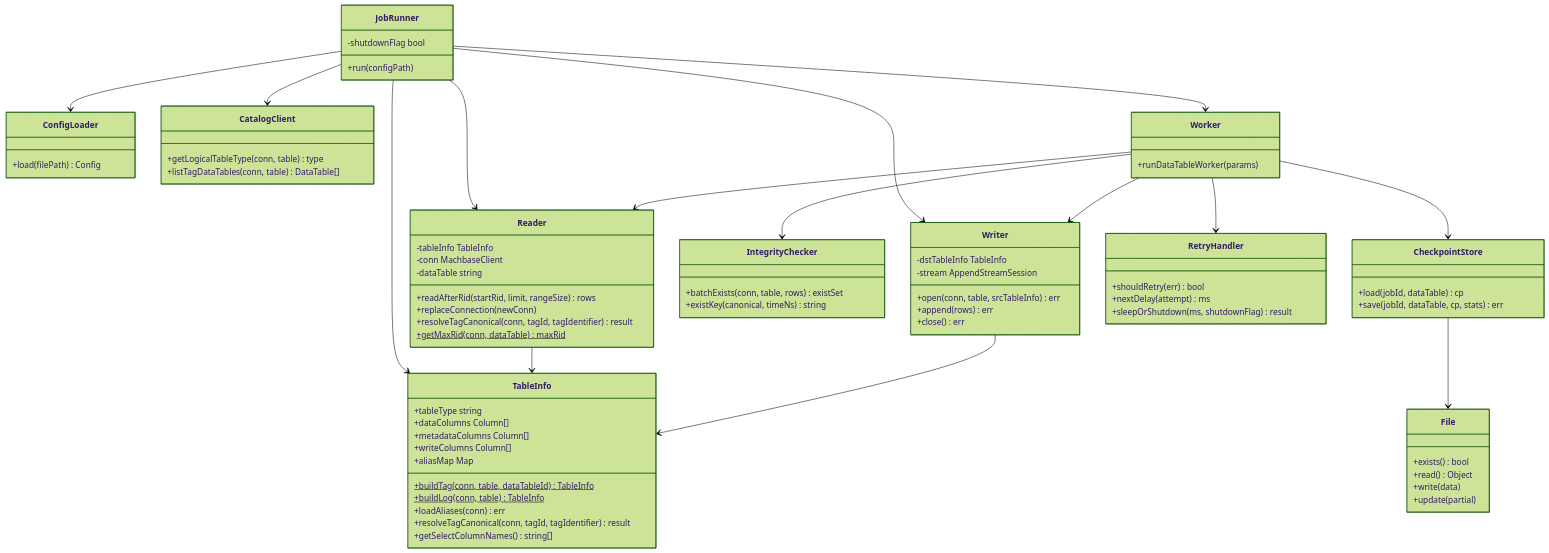
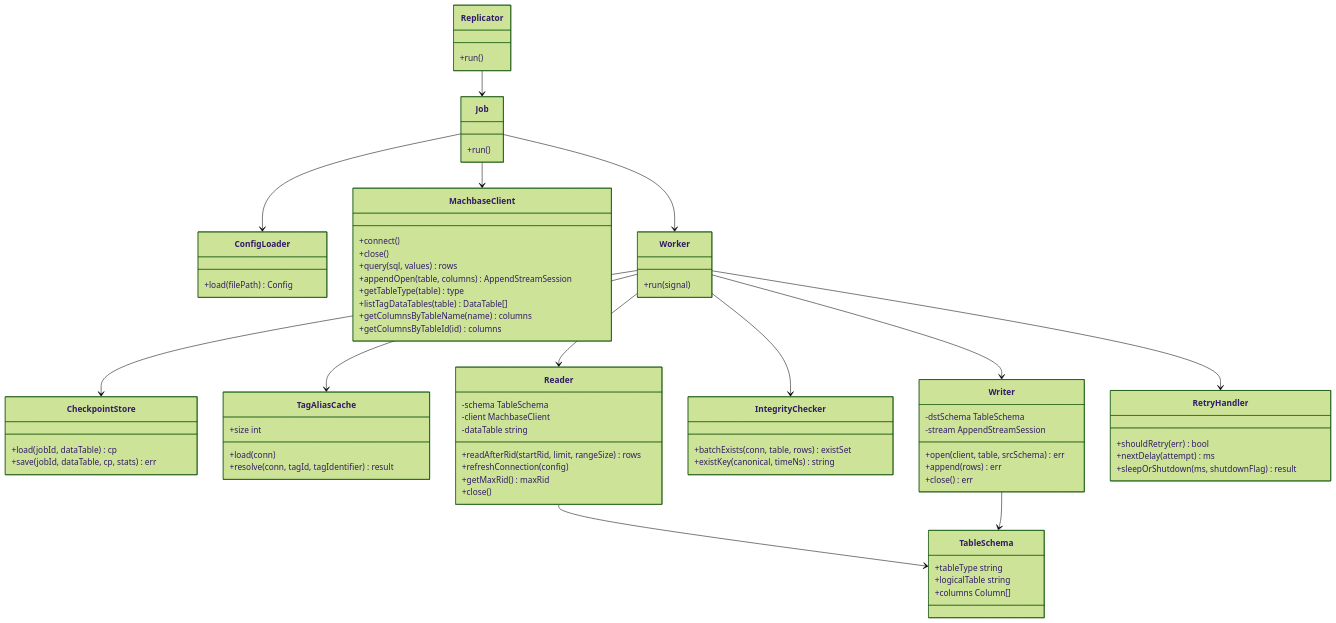
One commit to machbase/neo-pkg-replication changed the second of 4 diagrams in docs/PROJECT.md. Above: the diagram before and after it, drawn with Mermaid (forest theme). The commit also changed other lines of this file and 3 other files, not shown here.

````diff
--- a/docs/PROJECT.md
+++ b/docs/PROJECT.md
@@ -903,81 +877,79 @@
 ```mermaid
 classDiagram
     class ConfigLoader {
         +load(filePath) Config
     }
-    class CatalogClient {
-        +getLogicalTableType(conn, table) type
-        +listTagDataTables(conn, table) DataTable[]
+    class MachbaseClient {
+        +connect()
+        +close()
+        +query(sql, values) rows
+        +appendOpen(table, columns) AppendStreamSession
+        +getTableType(table) type
+        +listTagDataTables(table) DataTable[]
+        +getColumnsByTableName(name) columns
+        +getColumnsByTableId(id) columns
     }
     class CheckpointStore {
         +load(jobId, dataTable) cp
         +save(jobId, dataTable, cp, stats) err
     }
-    class File {
-        +exists() bool
-        +read() Object
-        +write(data)
-        +update(partial)
+    class TableSchema {
+        +tableType string
+        +logicalTable string
+        +columns Column[]
     }
-    class TableInfo {
-        +tableType string
-        +dataColumns Column[]
-        +metadataColumns Column[]
-        +writeColumns Column[]
-        +aliasMap Map
-        +buildTag(conn, table, dataTableId)$ TableInfo
-        +buildLog(conn, table)$ TableInfo
-        +loadAliases(conn) err
-        +resolveTagCanonical(conn, tagId, tagIdentifier) result
-        +getSelectColumnNames() string[]
+    class TagAliasCache {
+        +load(conn)
+        +resolve(conn, tagId, tagIdentifier) result
+        +size int
     }
     class Reader {
-        -tableInfo TableInfo
-        -conn MachbaseClient
+        -schema TableSchema
+        -client MachbaseClient
         -dataTable string
         +readAfterRid(startRid, limit, rangeSize) rows
-        +replaceConnection(newConn)
-        +resolveTagCanonical(conn, tagId, tagIdentifier) result
-        +getMaxRid(conn, dataTable)$ maxRid
+        +refreshConnection(config)
+        +getMaxRid() maxRid
+        +close()
     }
     class IntegrityChecker {
         +batchExists(conn, table, rows) existSet
         +existKey(canonical, timeNs) string
     }
     class Writer {
-        -dstTableInfo TableInfo
+        -dstSchema TableSchema
         -stream AppendStreamSession
-        +open(conn, table, srcTableInfo) err
+        +open(client, table, srcSchema) err
         +append(rows) err
         +close() err
     }
     class RetryHandler {
         +shouldRetry(err) bool
         +nextDelay(attempt) ms
         +sleepOrShutdown(ms, shutdownFlag) result
     }
+    class Replicator {
+        +run()
+    }
+    class Job {
+        +run()
+    }
     class Worker {
-        +runDataTableWorker(params)
-    }
-    class JobRunner {
-        -shutdownFlag bool
-        +run(configPath)
+        +run(signal)
     }
 
-    JobRunner --> ConfigLoader
-    JobRunner --> CatalogClient
-    JobRunner --> TableInfo
-    JobRunner --> Reader
-    JobRunner --> Writer
-    JobRunner --> Worker
+    Replicator --> Job
+    Job --> Worker
+    Job --> MachbaseClient
+    Job --> ConfigLoader
 
     Worker --> CheckpointStore
     Worker --> Reader
+    Worker --> TagAliasCache
     Worker --> IntegrityChecker
     Worker --> Writer
     Worker --> RetryHandler
 
-    Reader --> TableInfo
-    Writer --> TableInfo
-    CheckpointStore --> File
+    Reader --> TableSchema
+    Writer --> TableSchema
 ```
````
